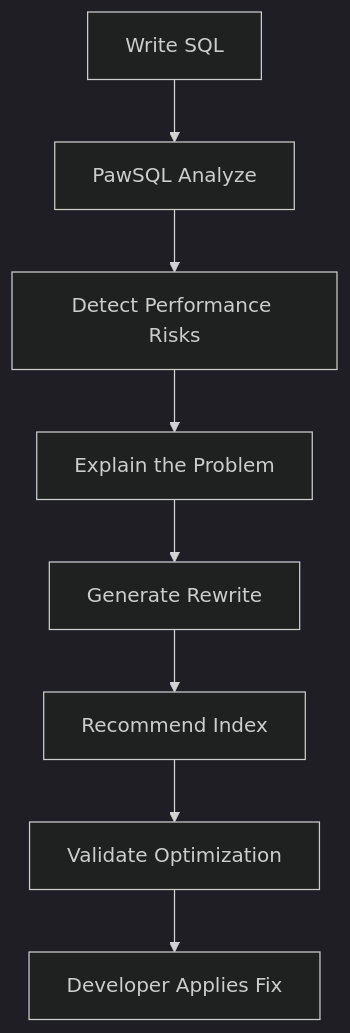
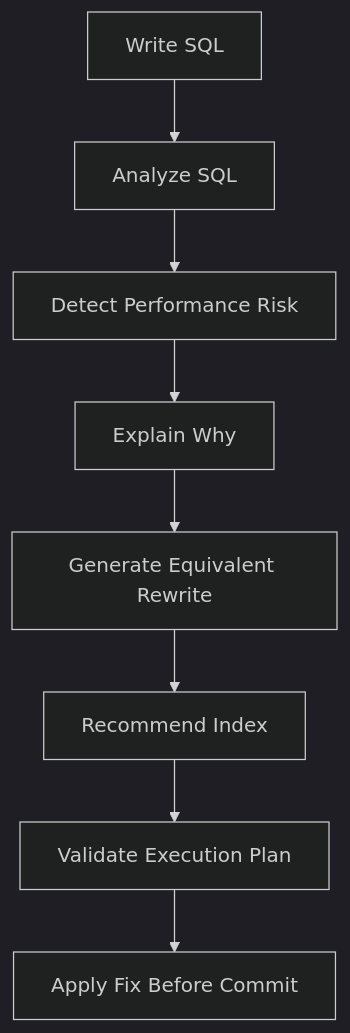
One commit to PawSQL/pawsql-docs-mantlify changed the first of 2 diagrams in docs/en/use-cases/developer-sql-copilot.mdx. Above: the diagram before and after it, drawn with Mermaid (dark theme). The commit also changed other lines of this file and 82 other files, not shown here.

````diff
--- a/docs/en/use-cases/developer-sql-copilot.mdx
+++ b/docs/en/use-cases/developer-sql-copilot.mdx
@@ -177,10 +56,10 @@
 ```mermaid
 flowchart TD
-    A[Write SQL] --> B[PawSQL Analyze]
-    B --> C[Detect Performance Risks]
-    C --> D[Explain the Problem]
-    D --> E[Generate Rewrite]
+    A[Write SQL] --> B[Analyze SQL]
+    B --> C[Detect Performance Risk]
+    C --> D[Explain Why]
+    D --> E[Generate Equivalent Rewrite]
     E --> F[Recommend Index]
-    F --> G[Validate Optimization]
-    G --> H[Developer Applies Fix]
+    F --> G[Validate Execution Plan]
+    G --> H[Apply Fix Before Commit]
 ```
````
